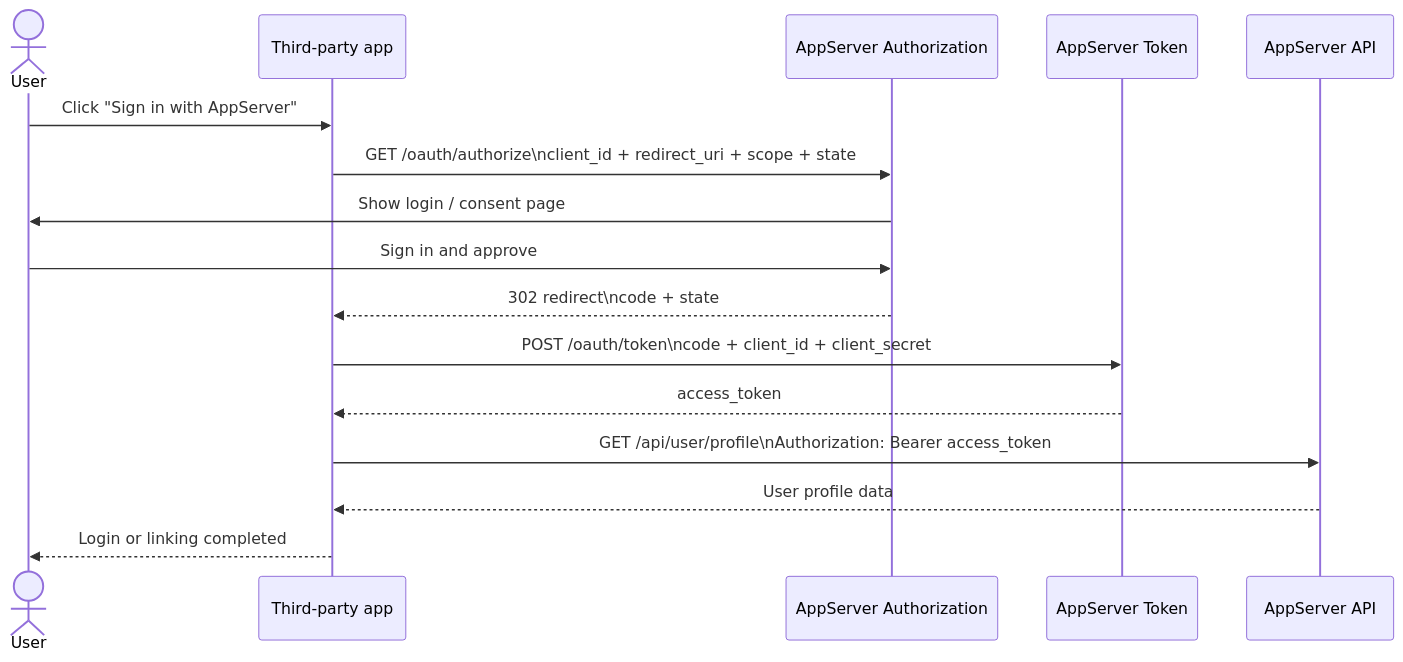
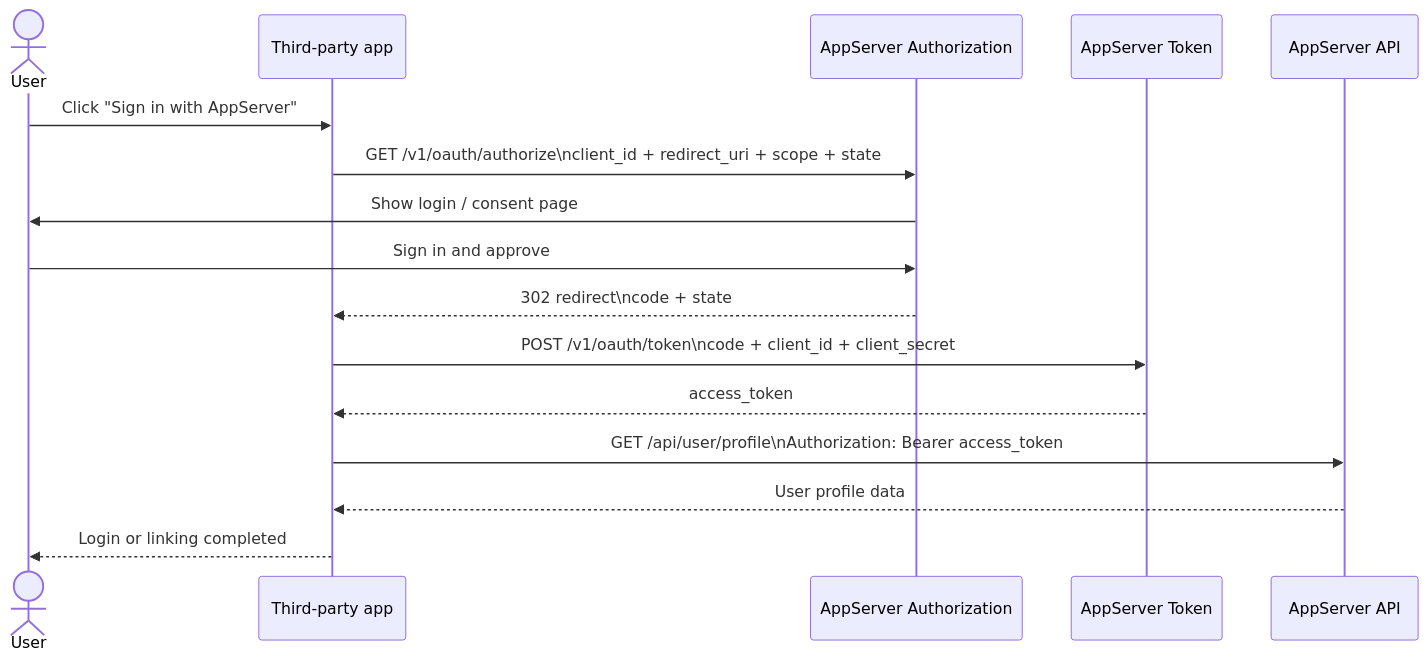
One commit to quyansiyuanwang/Quyan-AppServer changed the first of 2 diagrams in apps/docs-site/src/content/en/oauth-demo.md. Above: the diagram before and after it, drawn with Mermaid. The commit also changed other lines of this file and 13 other files, not shown here.

````diff
--- a/apps/docs-site/src/content/en/oauth-demo.md
+++ b/apps/docs-site/src/content/en/oauth-demo.md
@@ -27,19 +27,19 @@
 ```mermaid
 sequenceDiagram
     actor User
     participant Client as Third-party app
     participant Auth as AppServer Authorization
     participant Token as AppServer Token
     participant Api as AppServer API
 
     User->>Client: Click "Sign in with AppServer"
-    Client->>Auth: GET /oauth/authorize\nclient_id + redirect_uri + scope + state
+    Client->>Auth: GET /v1/oauth/authorize\nclient_id + redirect_uri + scope + state
     Auth->>User: Show login / consent page
     User->>Auth: Sign in and approve
     Auth-->>Client: 302 redirect\ncode + state
-    Client->>Token: POST /oauth/token\ncode + client_id + client_secret
+    Client->>Token: POST /v1/oauth/token\ncode + client_id + client_secret
     Token-->>Client: access_token
     Client->>Api: GET /api/user/profile\nAuthorization: Bearer access_token
     Api-->>Client: User profile data
     Client-->>User: Login or linking completed
 ```
````
